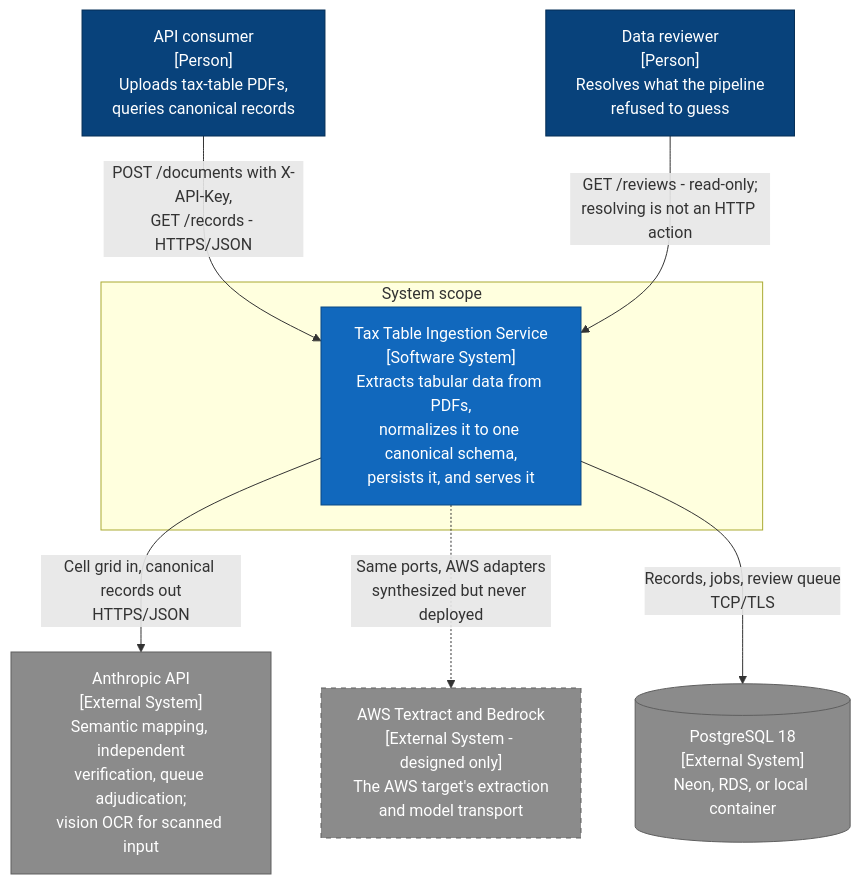
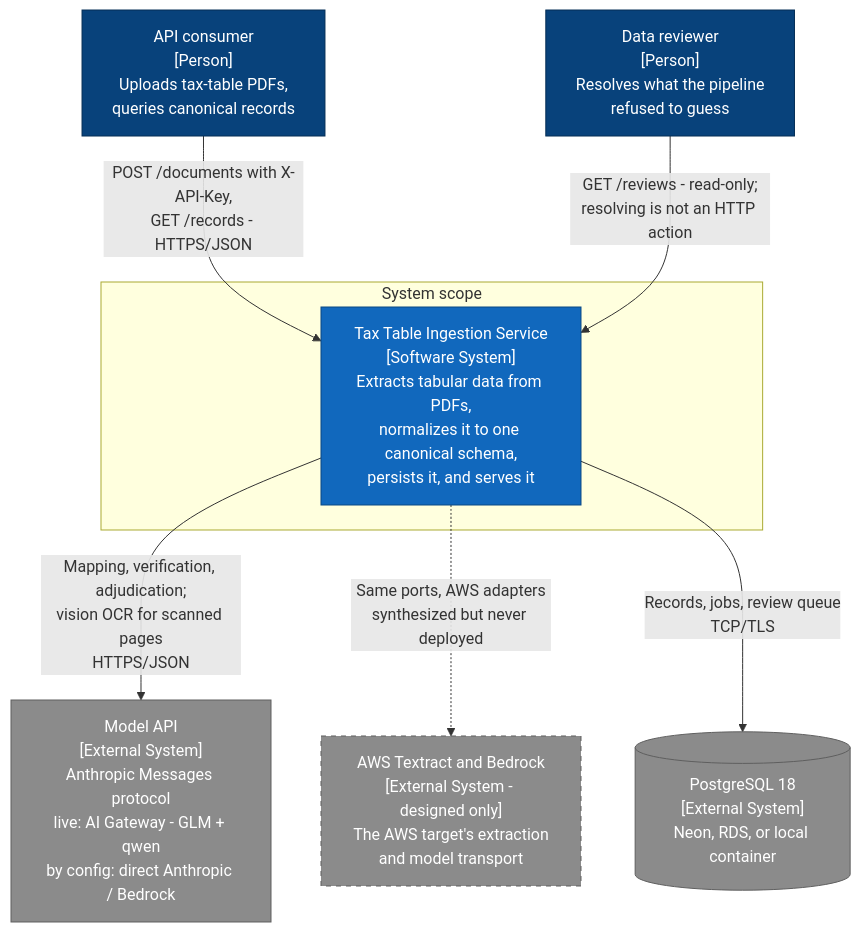
Before and after one commit to Rocuts/Auxis: the first of 2 diagrams in README.md, drawn with Mermaid. The commit also changed other lines of this file and 6 other files, not shown here.

````diff
--- a/README.md
+++ b/README.md
@@ -85,29 +85,29 @@
 ```mermaid
 flowchart TB
     classDef person fill:#08427b,stroke:#052e56,color:#ffffff
     classDef core fill:#1168bd,stroke:#0b4884,color:#ffffff
     classDef ext fill:#8b8b8b,stroke:#5f5f5f,color:#ffffff
     classDef designed fill:#8b8b8b,stroke:#5f5f5f,color:#ffffff,stroke-dasharray: 5 5
 
     consumer["API consumer<br/>[Person]<br/>Uploads tax-table PDFs,<br/>queries canonical records"]
     reviewer["Data reviewer<br/>[Person]<br/>Resolves what the pipeline<br/>refused to guess"]
 
     subgraph scope["System scope"]
         svc["Tax Table Ingestion Service<br/>[Software System]<br/>Extracts tabular data from PDFs,<br/>normalizes it to one canonical schema,<br/>persists it, and serves it"]
     end
 
-    llm["Anthropic API<br/>[External System]<br/>Semantic mapping, independent<br/>verification, queue adjudication;<br/>vision OCR for scanned input"]
+    llm["Model API<br/>[External System]<br/>Anthropic Messages protocol<br/>live: AI Gateway - GLM + qwen<br/>by config: direct Anthropic / Bedrock"]
     aws["AWS Textract and Bedrock<br/>[External System - designed only]<br/>The AWS target's extraction<br/>and model transport"]
     db[("PostgreSQL 18<br/>[External System]<br/>Neon, RDS, or local container")]
 
     consumer -->|"POST /documents with X-API-Key,<br/>GET /records - HTTPS/JSON"| svc
-    svc -->|"Cell grid in, canonical records out<br/>HTTPS/JSON"| llm
+    svc -->|"Mapping, verification, adjudication;<br/>vision OCR for scanned pages<br/>HTTPS/JSON"| llm
     svc -.->|"Same ports, AWS adapters<br/>synthesized but never deployed"| aws
     svc -->|"Records, jobs, review queue<br/>TCP/TLS"| db
     reviewer -->|"GET /reviews - read-only;<br/>resolving is not an HTTP action"| svc
 
     class consumer,reviewer person
     class svc core
     class llm,db ext
     class aws designed
 ```
````
